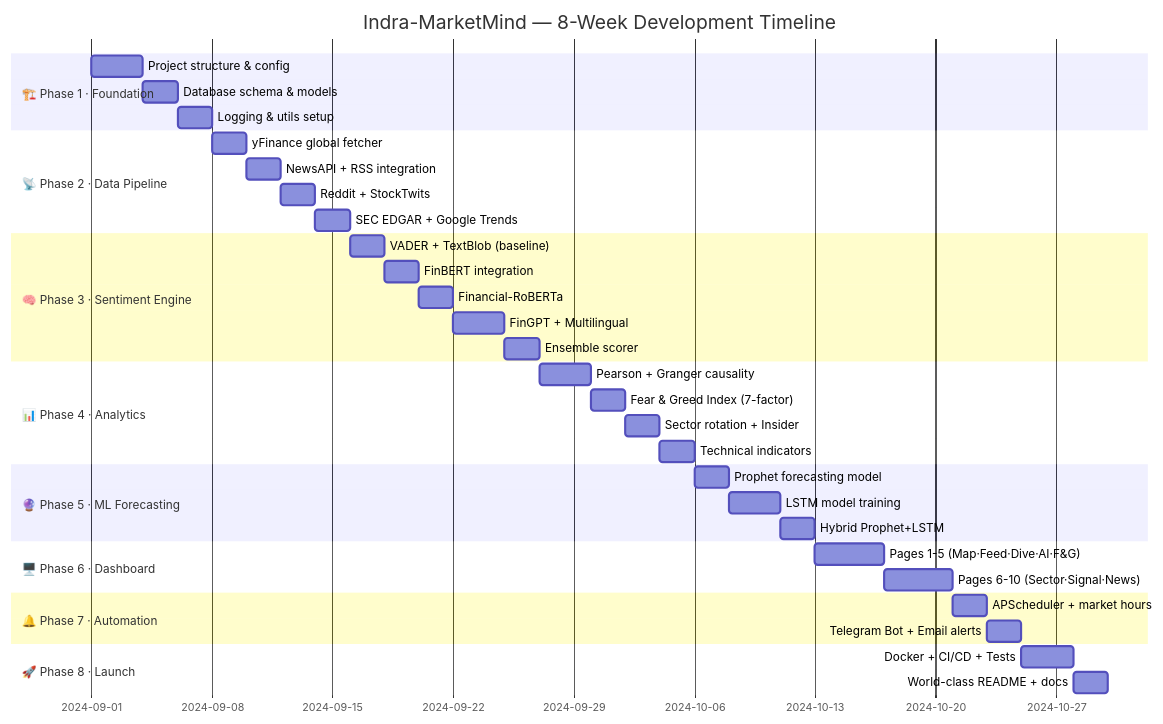
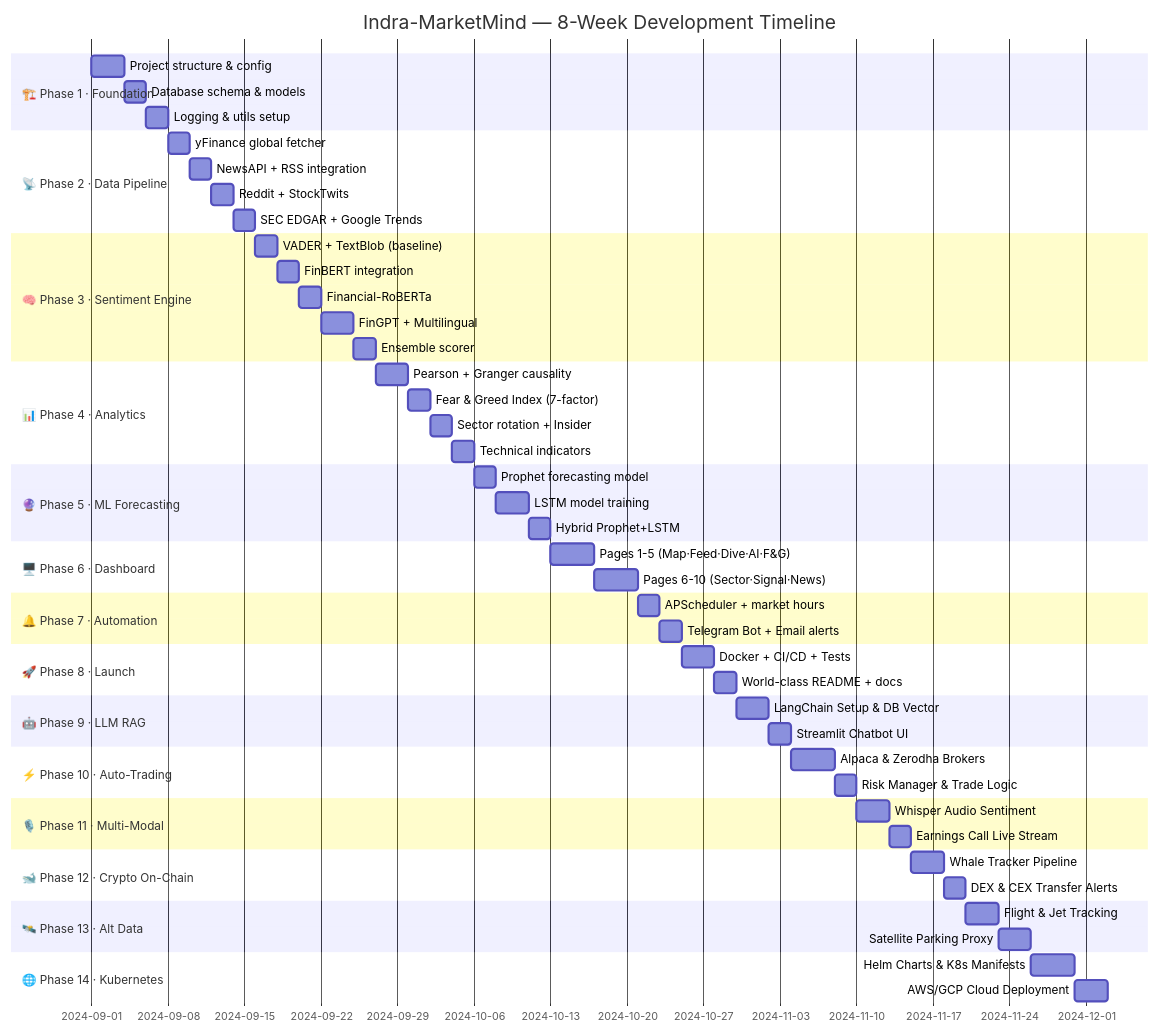
One commit to indrajitkumar23541-a11y/Indra-MarketMind changed the sixth of 9 diagrams in Indra-MarketMind-Plan.md. Above: the diagram before and after it, drawn with Mermaid. The commit also changed other lines of this file, not shown here.

Commit message:
📝 Add Phase 9-14 V3.0 Hedge Fund Edition Roadmap

````diff
--- a/Indra-MarketMind-Plan.md
+++ b/Indra-MarketMind-Plan.md
@@ -779,45 +779,69 @@
 ```mermaid
 gantt
     title Indra-MarketMind — 8-Week Development Timeline
     dateFormat  YYYY-MM-DD
     section 🏗️ Phase 1 · Foundation
     Project structure & config     :p1a, 2024-09-01, 3d
     Database schema & models       :p1b, after p1a, 2d
     Logging & utils setup          :p1c, after p1b, 2d
 
     section 📡 Phase 2 · Data Pipeline
     yFinance global fetcher        :p2a, after p1c, 2d
     NewsAPI + RSS integration      :p2b, after p2a, 2d
     Reddit + StockTwits            :p2c, after p2b, 2d
     SEC EDGAR + Google Trends      :p2d, after p2c, 2d
 
     section 🧠 Phase 3 · Sentiment Engine
     VADER + TextBlob (baseline)    :p3a, after p2d, 2d
     FinBERT integration            :p3b, after p3a, 2d
     Financial-RoBERTa              :p3c, after p3b, 2d
     FinGPT + Multilingual          :p3d, after p3c, 3d
     Ensemble scorer                :p3e, after p3d, 2d
 
     section 📊 Phase 4 · Analytics
     Pearson + Granger causality    :p4a, after p3e, 3d
     Fear & Greed Index (7-factor)  :p4b, after p4a, 2d
     Sector rotation + Insider      :p4c, after p4b, 2d
     Technical indicators           :p4d, after p4c, 2d
 
     section 🔮 Phase 5 · ML Forecasting
     Prophet forecasting model      :p5a, after p4d, 2d
     LSTM model training            :p5b, after p5a, 3d
     Hybrid Prophet+LSTM            :p5c, after p5b, 2d
 
     section 🖥️ Phase 6 · Dashboard
     Pages 1-5 (Map·Feed·Dive·AI·F&G):p6a, after p5c, 4d
     Pages 6-10 (Sector·Signal·News) :p6b, after p6a, 4d
 
     section 🔔 Phase 7 · Automation
     APScheduler + market hours     :p7a, after p6b, 2d
     Telegram Bot + Email alerts    :p7b, after p7a, 2d
 
     section 🚀 Phase 8 · Launch
     Docker + CI/CD + Tests         :p8a, after p7b, 3d
     World-class README + docs      :p8b, after p8a, 2d
+
+    section 🤖 Phase 9 · LLM RAG
+    LangChain Setup & DB Vector    :p9a, after p8b, 3d
+    Streamlit Chatbot UI           :p9b, after p9a, 2d
+
+    section ⚡ Phase 10 · Auto-Trading
+    Alpaca & Zerodha Brokers       :p10a, after p9b, 4d
+    Risk Manager & Trade Logic     :p10b, after p10a, 2d
+
+    section 🎙️ Phase 11 · Multi-Modal
+    Whisper Audio Sentiment        :p11a, after p10b, 3d
+    Earnings Call Live Stream      :p11b, after p11a, 2d
+
+    section 🐋 Phase 12 · Crypto On-Chain
+    Whale Tracker Pipeline         :p12a, after p11b, 3d
+    DEX & CEX Transfer Alerts      :p12b, after p12a, 2d
+
+    section 🛰️ Phase 13 · Alt Data
+    Flight & Jet Tracking          :p13a, after p12b, 3d
+    Satellite Parking Proxy        :p13b, after p13a, 3d
+
+    section 🌐 Phase 14 · Kubernetes
+    Helm Charts & K8s Manifests    :p14a, after p13b, 4d
+    AWS/GCP Cloud Deployment       :p14b, after p14a, 3d
 ```
````
